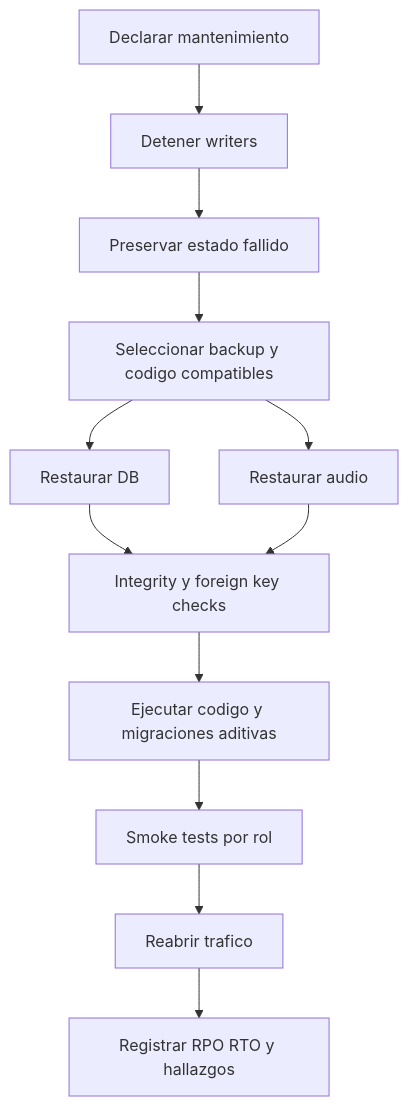
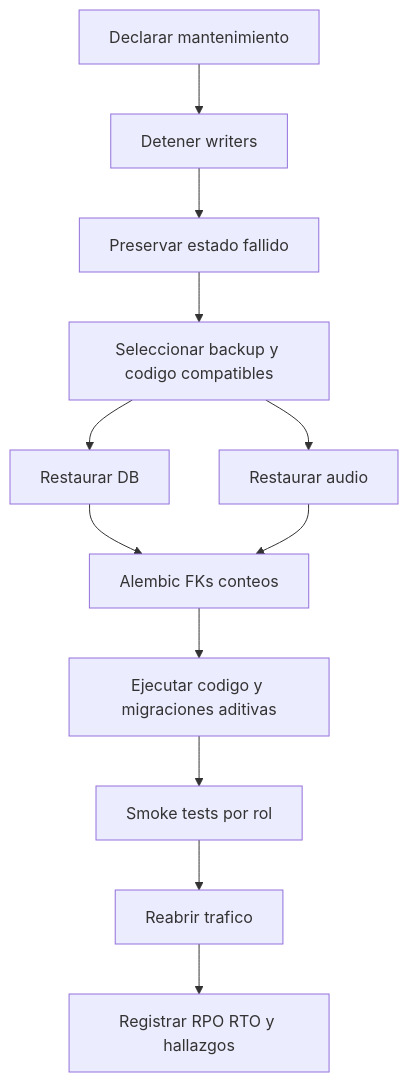
The second of 2 diagrams in docs/10-operations-runbook.md (avismael/AssesStudio), drawn with Mermaid before and after one commit. The commit also changed other lines of this file and 56 other files, not shown here.

````diff
--- a/docs/10-operations-runbook.md
+++ b/docs/10-operations-runbook.md
@@ -103,14 +114,14 @@
 ```mermaid
 flowchart TD
     Declare[Declarar mantenimiento] --> Stop[Detener writers]
     Stop --> Preserve[Preservar estado fallido]
     Preserve --> Select[Seleccionar backup y codigo compatibles]
     Select --> RestoreDB[Restaurar DB]
     Select --> RestoreAudio[Restaurar audio]
-    RestoreDB --> Check[Integrity y foreign key checks]
+     RestoreDB --> Check[Alembic FKs conteos]
     RestoreAudio --> Check
     Check --> Migrate[Ejecutar codigo y migraciones aditivas]
     Migrate --> Smoke[Smoke tests por rol]
     Smoke --> Open[Reabrir trafico]
     Open --> Record[Registrar RPO RTO y hallazgos]
 ```
````
